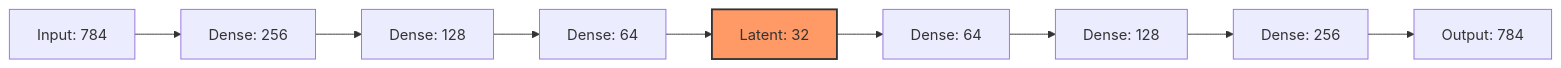
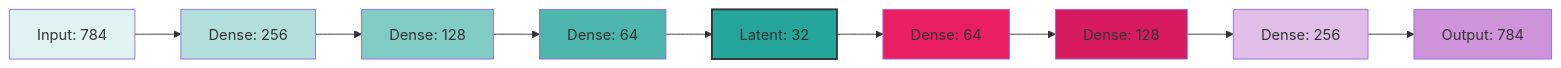
The sixth of 11 diagrams in C_4.md (Chaklader/landmark-classification-cnn), drawn with Mermaid before and after one commit. The commit also changed other lines of this file, not shown here.

````diff
--- a/C_4.md
+++ b/C_4.md
@@ -1206,12 +1206,22 @@
 ```mermaid
 graph LR
     A[Input: 784] --> B[Dense: 256]
     B --> C[Dense: 128]
     C --> D[Dense: 64]
     D --> E[Latent: 32]
     E --> F[Dense: 64]
     F --> G[Dense: 128]
     G --> H[Dense: 256]
     H --> I[Output: 784]
-    style E fill:#f96,stroke:#333,stroke-width:2px
+
+
+    style A fill:#E0F2F1
+    style B fill:#B2DFDB
+    style C fill:#80CBC4
+    style D fill:#4DB6AC
+    style E fill:#26A69A,stroke:#333,stroke-width:2px
+    style F fill:#E91E63
+style G fill:#D81B60
+style H fill:#E1BEE7
+style I fill:#CE93D8
 ```
````
